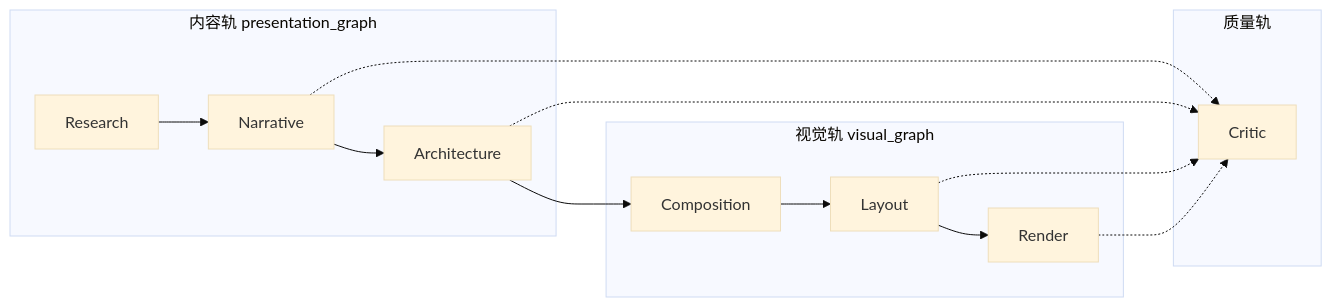
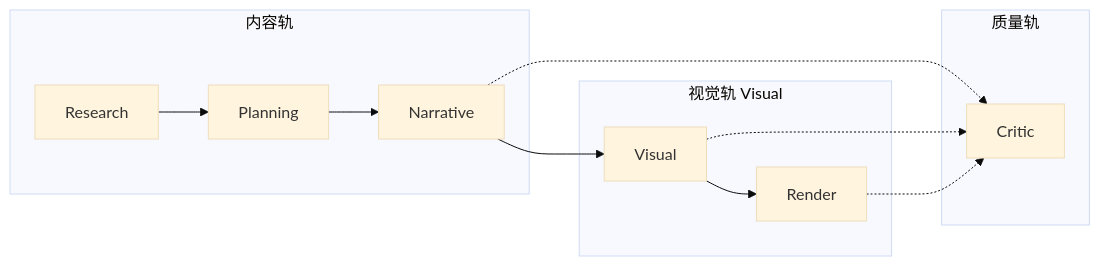
The diagram in docs/architecture/pipeline-roles.md (Theopote/Archium-Agent), drawn with Mermaid (base theme) before and after one commit. The commit also changed other lines of this file and 4 other files, not shown here.

First line of the commit message:
docs(architecture): 更新管道角色文档与固定六席位限制

````diff
--- a/docs/architecture/pipeline-roles.md
+++ b/docs/architecture/pipeline-roles.md
@@ -17,22 +35,19 @@
 ```mermaid
 flowchart LR
-  subgraph content["内容轨 presentation_graph"]
+  subgraph content["内容轨"]
     R[Research]
+    P[Planning]
     N[Narrative]
-    A[Architecture]
   end
-  subgraph visual["视觉轨 visual_graph"]
-    C[Composition]
-    L[Layout]
+  subgraph visual["视觉轨 Visual"]
+    V[Visual]
     Ren[Render]
   end
   subgraph qa["质量轨"]
     Cr[Critic]
   end
-  R --> N --> A
-  A --> C --> L --> Ren
+  R --> P --> N --> V --> Ren
   N -.-> Cr
-  A -.-> Cr
-  L -.-> Cr
+  V -.-> Cr
   Ren -.-> Cr
 ```
````
